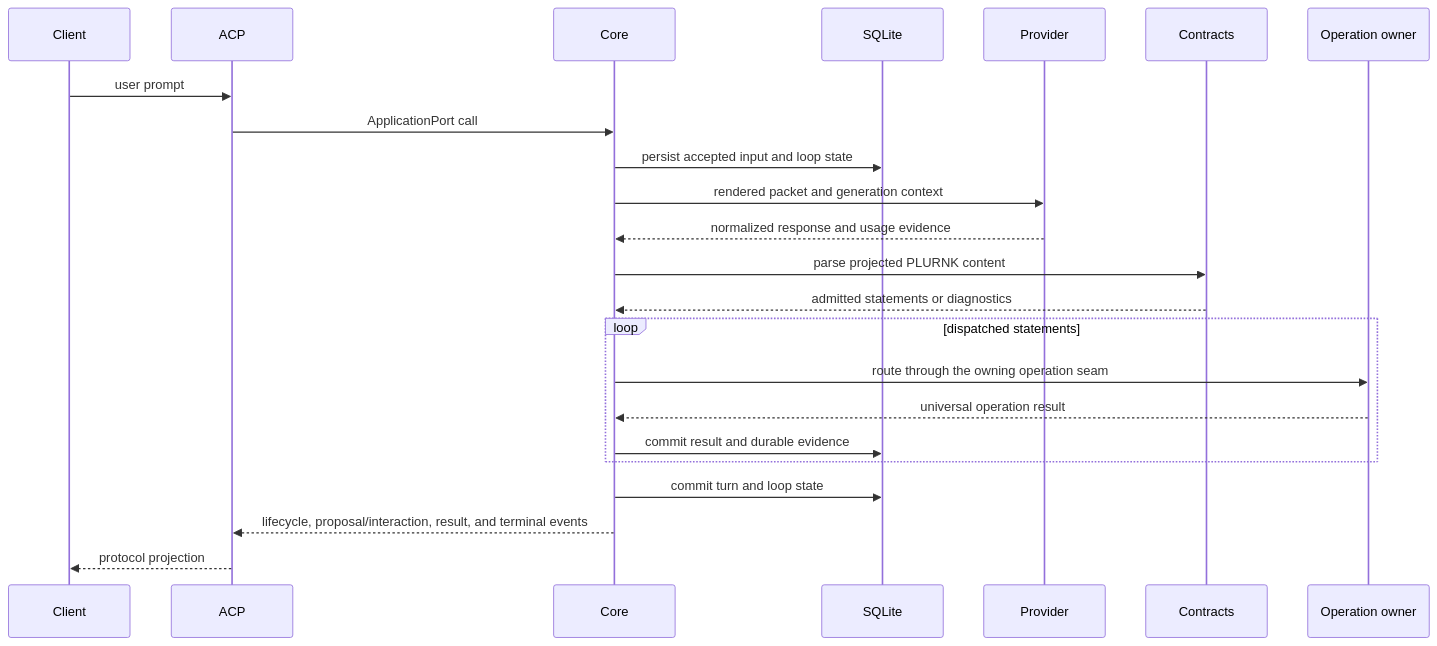
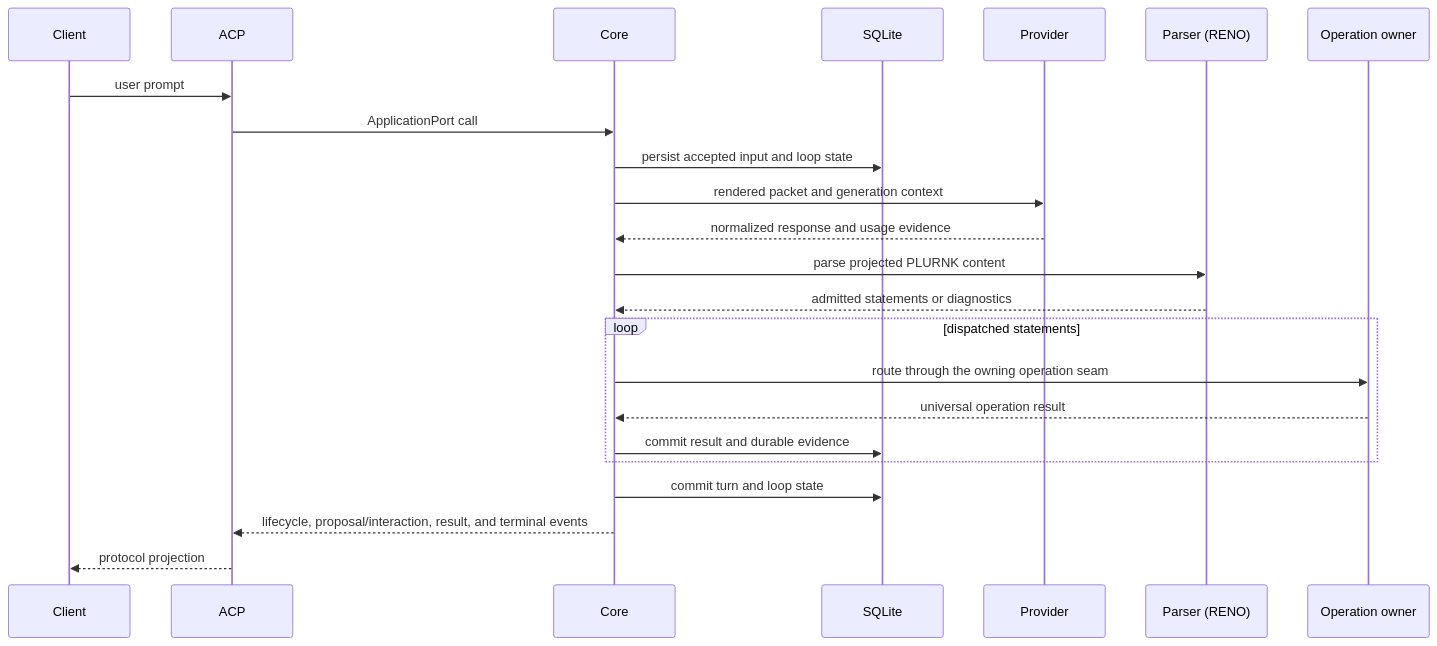
Before and after one commit to plurnk/plurnk-service: the fifth of 5 diagrams in ARCHITECTURE.md, drawn with Mermaid. The commit also changed other lines of this file and 46 other files, not shown here.

````diff
--- a/ARCHITECTURE.md
+++ b/ARCHITECTURE.md
@@ -390,26 +393,26 @@
 ```mermaid
 sequenceDiagram
     participant Client
     participant ACP as ACP
     participant Core
     participant Store as SQLite
     participant Provider
-    participant Contracts
+    participant Parser as Parser (RENO)
     participant Owner as Operation owner
 
     Client->>ACP: user prompt
     ACP->>Core: ApplicationPort call
     Core->>Store: persist accepted input and loop state
     Core->>Provider: rendered packet and generation context
     Provider-->>Core: normalized response and usage evidence
-    Core->>Contracts: parse projected PLURNK content
-    Contracts-->>Core: admitted statements or diagnostics
+    Core->>Parser: parse projected PLURNK content
+    Parser-->>Core: admitted statements or diagnostics
     loop dispatched statements
         Core->>Owner: route through the owning operation seam
         Owner-->>Core: universal operation result
         Core->>Store: commit result and durable evidence
     end
     Core->>Store: commit turn and loop state
     Core-->>ACP: lifecycle, proposal/interaction, result, and terminal events
     ACP-->>Client: protocol projection
 ```
````
